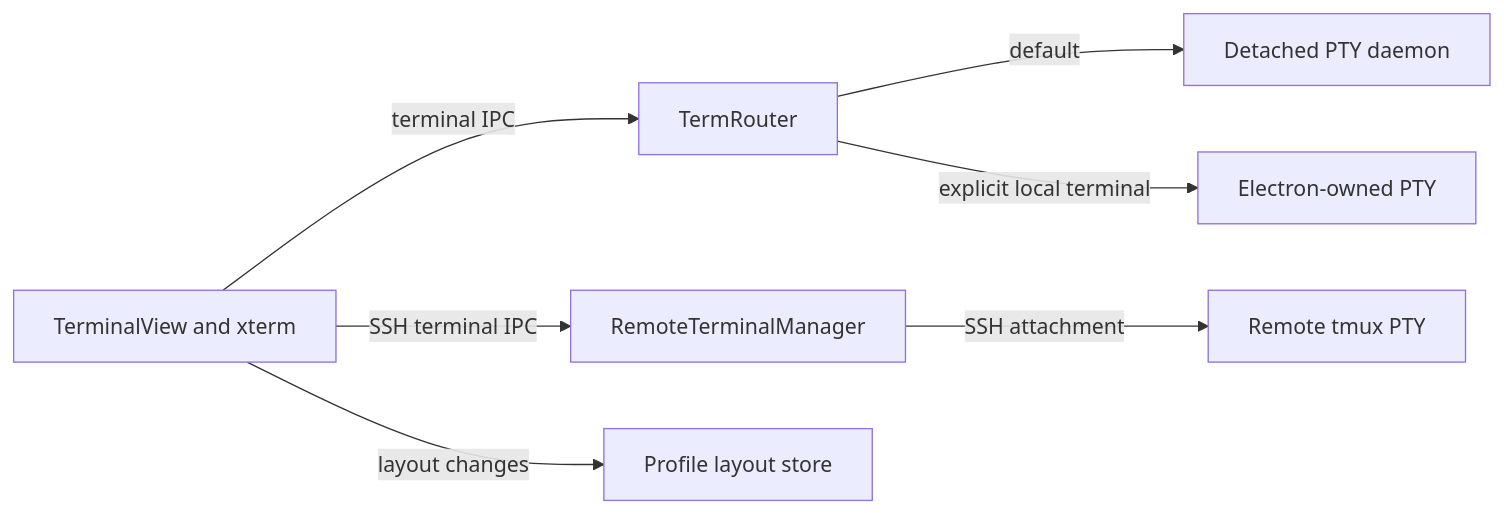
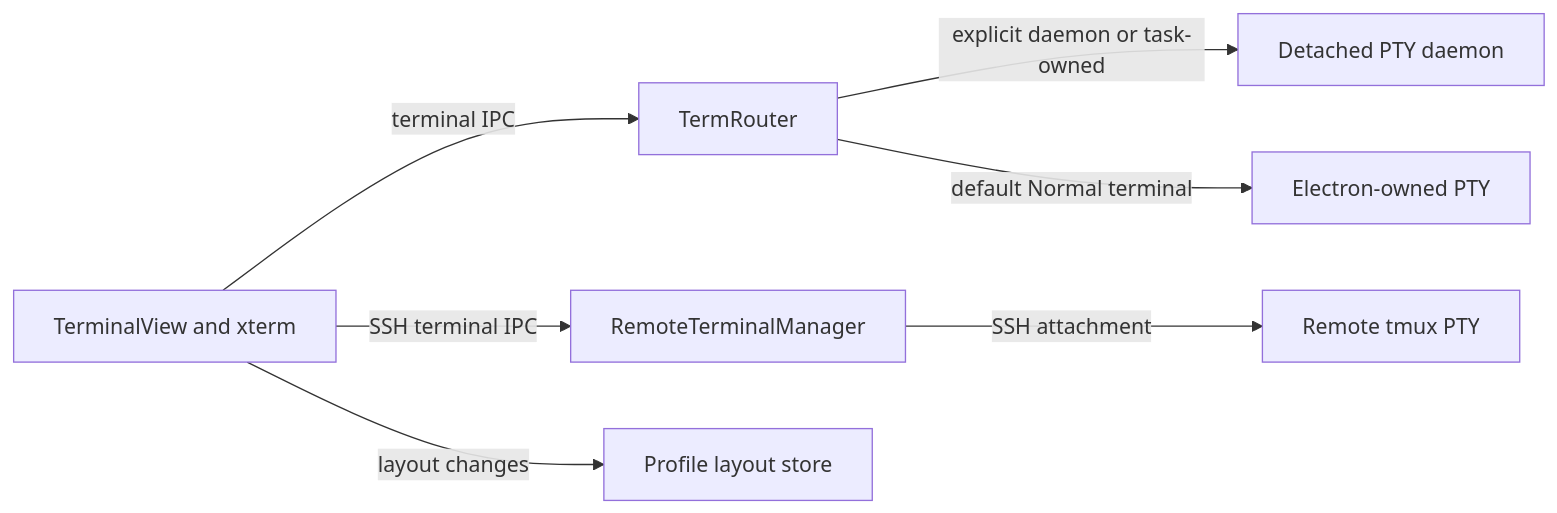
Before and after one commit to crabbuild/crab: the diagram in packages/desktop/docs/architecture/terminal-subsystem.md, drawn with Mermaid. The commit also changed other lines of this file and 11 other files, not shown here.

Commit message:
fix(desktop): default to Normal and refresh icons

````diff
--- a/packages/desktop/docs/architecture/terminal-subsystem.md
+++ b/packages/desktop/docs/architecture/terminal-subsystem.md
@@ -11,9 +11,9 @@
 ```mermaid
 flowchart LR
   View[TerminalView and xterm] -->|terminal IPC| Router[TermRouter]
-  Router -->|default| Daemon[Detached PTY daemon]
-  Router -->|explicit local terminal| Local[Electron-owned PTY]
+  Router -->|explicit daemon or task-owned| Daemon[Detached PTY daemon]
+  Router -->|default Normal terminal| Local[Electron-owned PTY]
   View -->|SSH terminal IPC| Remote[RemoteTerminalManager]
   Remote -->|SSH attachment| Tmux[Remote tmux PTY]
   View -->|layout changes| Store[Profile layout store]
 ```
````
